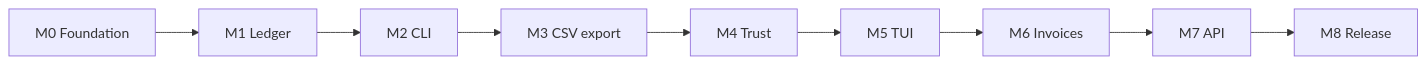
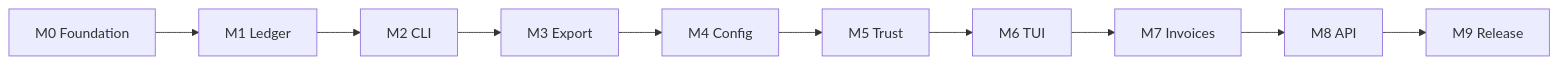
Before and after one commit to syn54x/ttd: the diagram in docs/roadmap.md, drawn with Mermaid. The commit also changed other lines of this file and 16 other files, not shown here.

````diff
--- a/docs/roadmap.md
+++ b/docs/roadmap.md
@@ -28,11 +29,12 @@
 ```mermaid
 flowchart LR
     M0[M0 Foundation] --> M1[M1 Ledger]
     M1 --> M2[M2 CLI]
-    M2 --> M3[M3 CSV export]
-    M3 --> M4[M4 Trust]
-    M4 --> M5[M5 TUI]
-    M5 --> M6[M6 Invoices]
-    M6 --> M7[M7 API]
-    M7 --> M8[M8 Release]
+    M2 --> M3[M3 Export]
+    M3 --> M4[M4 Config]
+    M4 --> M5[M5 Trust]
+    M5 --> M6[M6 TUI]
+    M6 --> M7[M7 Invoices]
+    M7 --> M8[M8 API]
+    M8 --> M9[M9 Release]
 ```
````
